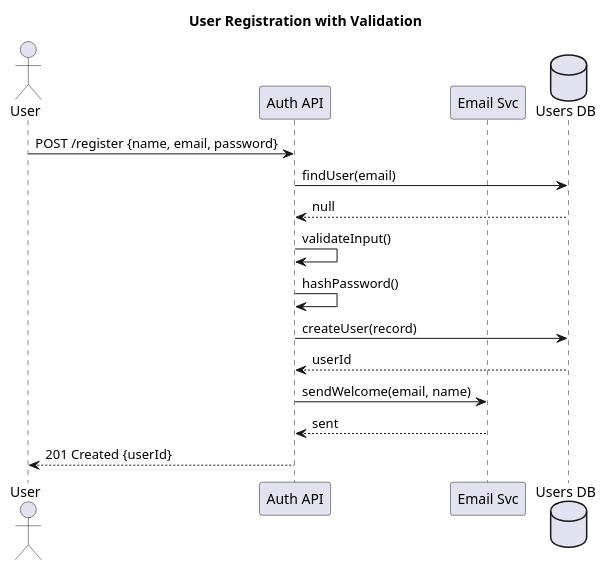
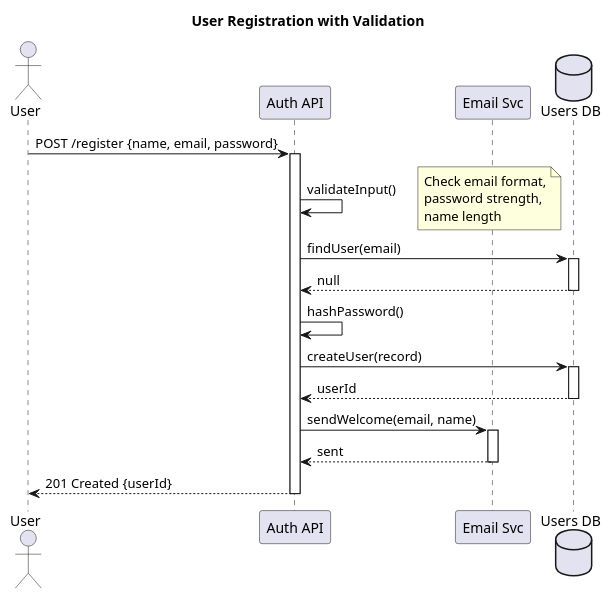
Before and after one commit to nochoco-lee/posit: the diagram in test_scripts/gallery/plantuml_sequence/advanced_02.puml, drawn with PlantUML. The commit also changed 39 other files, not shown here.

First line of the commit message:
feat: rewrite all advanced diagrams with commonly-used features

```diff
--- a/test_scripts/gallery/plantuml_sequence/advanced_02.puml
+++ b/test_scripts/gallery/plantuml_sequence/advanced_02.puml
@@ -1,19 +1,32 @@
 @startuml
 title User Registration with Validation
 
-actor       User      as user
-participant "Auth API" as auth
+actor       User       as user
+participant "Auth API"  as auth
 participant "Email Svc" as email
-database    "Users DB" as db
+database    "Users DB"  as db
 
 user -> auth : POST /register {name, email, password}
-auth -> db : findUser(email)
-db --> auth : null
-auth -> auth : validateInput()
-auth -> auth : hashPassword()
-auth -> db : createUser(record)
-db --> auth : userId
-auth -> email : sendWelcome(email, name)
-email --> auth : sent
-auth --> user : 201 Created {userId}
+activate auth
+  auth -> auth : validateInput()
+  note right: Check email format,\npassword strength,\nname length
+
+  auth -> db : findUser(email)
+  activate db
+  db --> auth : null
+  deactivate db
+
+  auth -> auth : hashPassword()
+  auth -> db : createUser(record)
+  activate db
+  db --> auth : userId
+  deactivate db
+
+  auth -> email : sendWelcome(email, name)
+  activate email
+  email --> auth : sent
+  deactivate email
+
+  auth --> user : 201 Created {userId}
+deactivate auth
 @enduml
```
